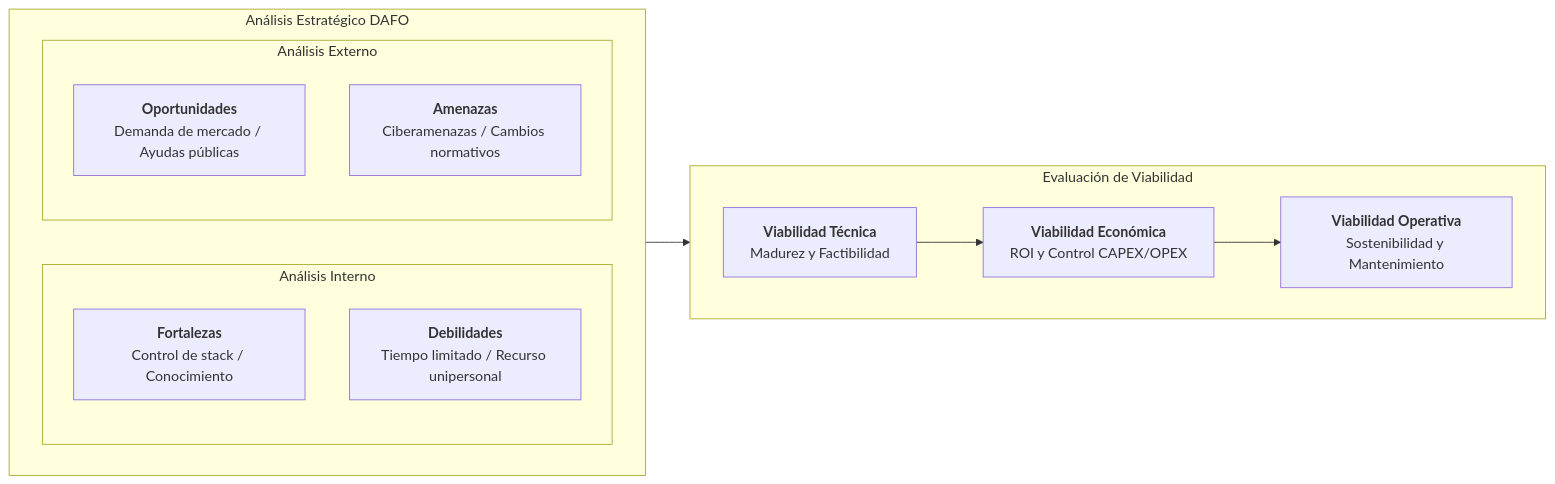
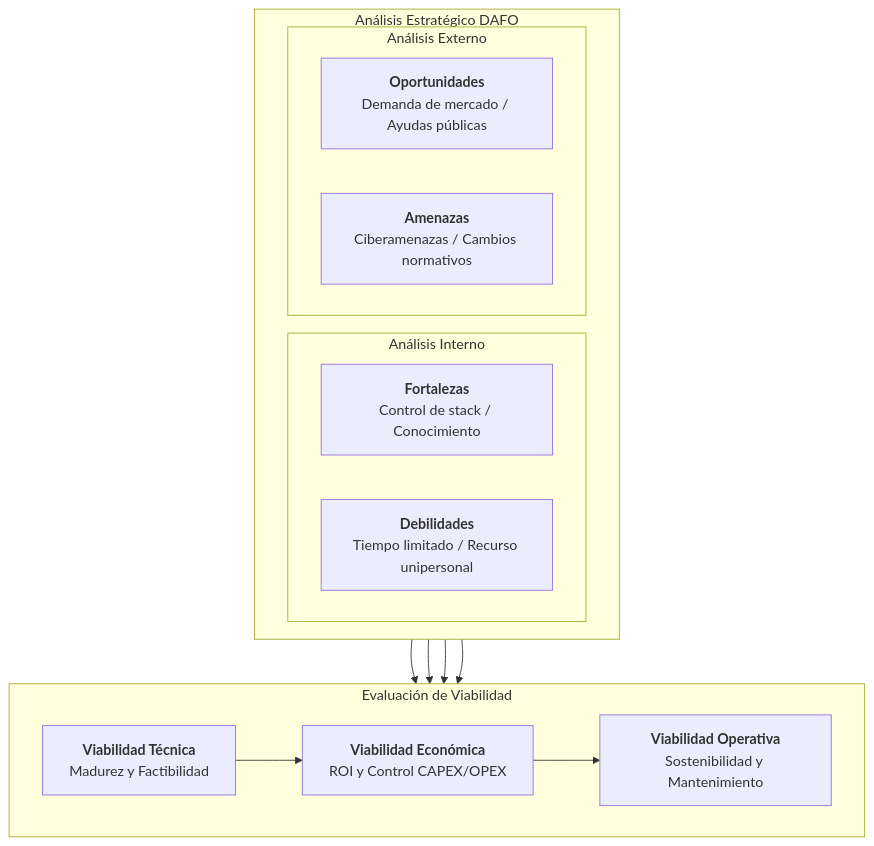
One commit to fencgut961/PI_26_27 changed the sixth of 13 diagrams in RA1.md. Above: the diagram before and after it, drawn with Mermaid. The commit also changed other lines of this file, not shown here.

````diff
--- a/RA1.md
+++ b/RA1.md
@@ -221,19 +205,19 @@
 ```mermaid
-flowchart LR
+flowchart TD
     subgraph DAFO ["Análisis Estratégico DAFO"]
         direction LR
         subgraph Interno ["Análisis Interno"]
             F["<b>Fortalezas</b><br/>Control de stack / Conocimiento"]
             D["<b>Debilidades</b><br/>Tiempo limitado / Recurso unipersonal"]
         end
         subgraph Externo ["Análisis Externo"]
             O["<b>Oportunidades</b><br/>Demanda de mercado / Ayudas públicas"]
             A["<b>Amenazas</b><br/>Ciberamenazas / Cambios normativos"]
         end
     end
     subgraph Viabilidad ["Evaluación de Viabilidad"]
         direction LR
         VT["<b>Viabilidad Técnica</b><br/>Madurez y Factibilidad"] --> VE["<b>Viabilidad Económica</b><br/>ROI y Control CAPEX/OPEX"] --> VO["<b>Viabilidad Operativa</b><br/>Sostenibilidad y Mantenimiento"]
     end
-    DAFO --> Viabilidad
+    F & D & O & A --> VT
 ```
````
